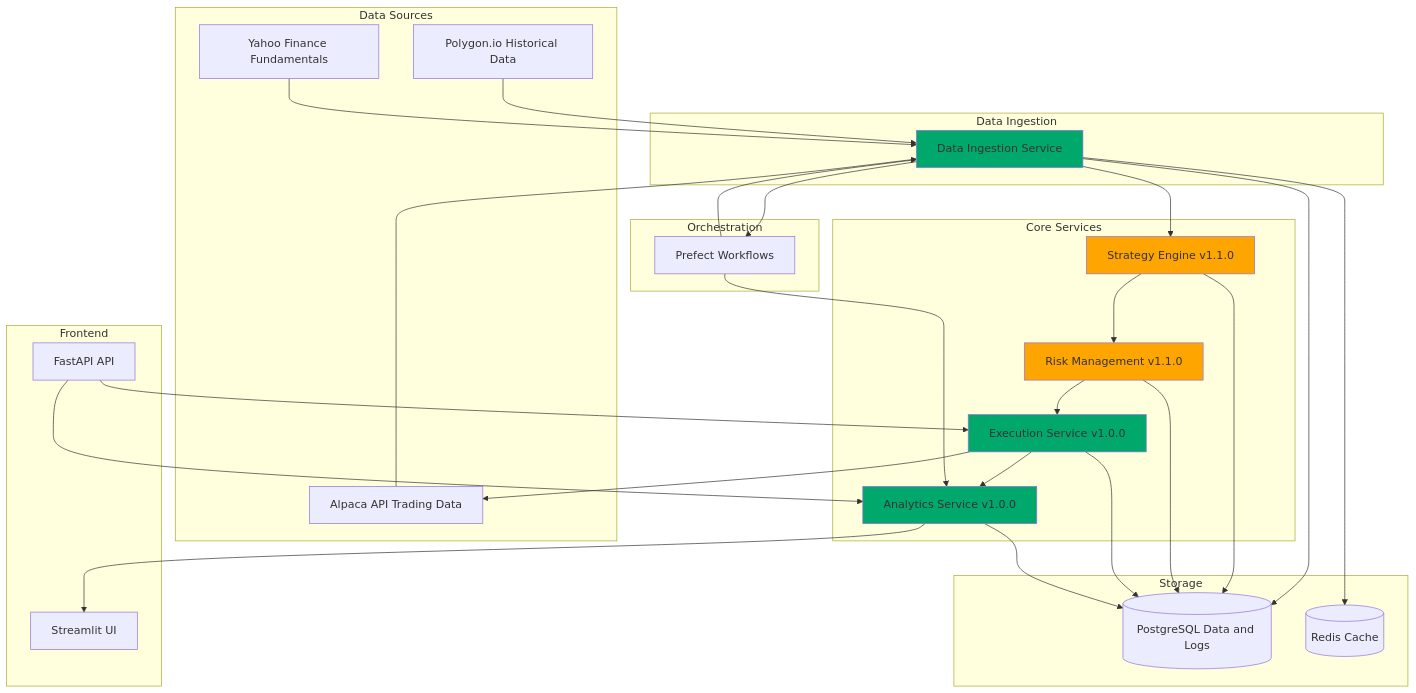
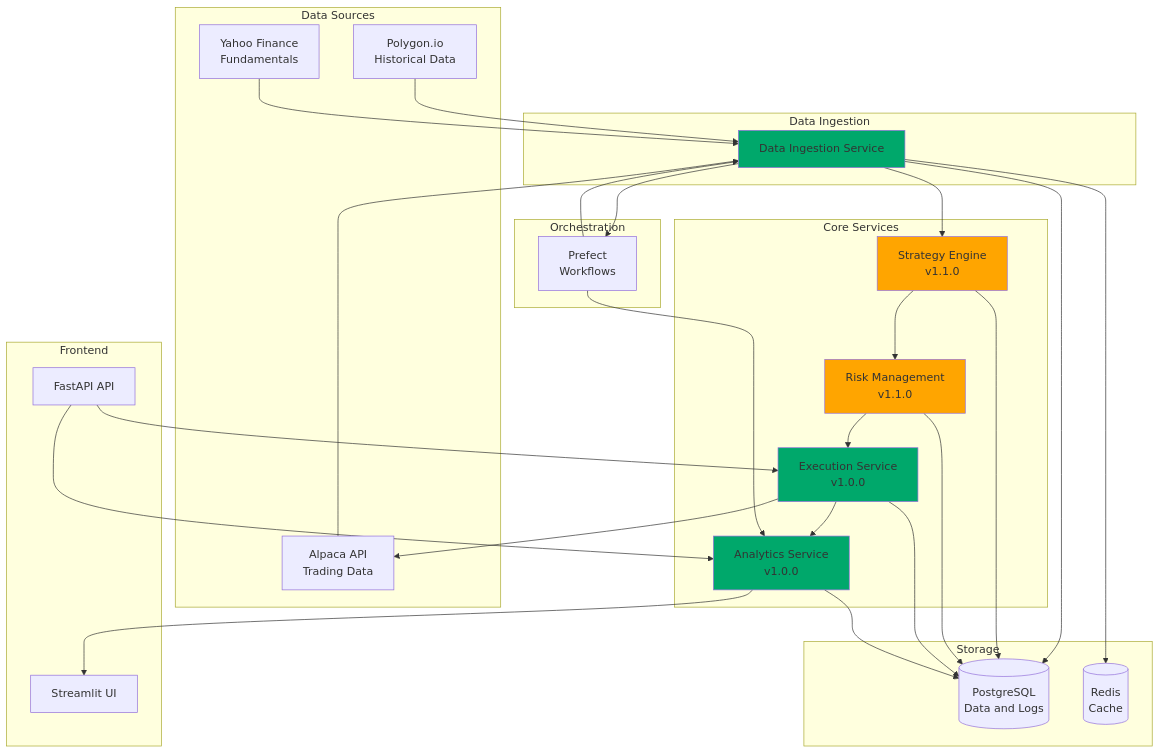
Before and after one commit to nishantnayar/Trading-System: the diagram in docs/index.md, drawn with Mermaid.

````diff
--- a/docs/index.md
+++ b/docs/index.md
@@ -81,65 +81,65 @@
 ```mermaid
 graph TB
-    subgraph DataSources["Data Sources"]
-        Polygon[Polygon.io Historical Data]
-        Yahoo[Yahoo Finance Fundamentals]
-        AlpacaExt[Alpaca API Trading Data]
+    subgraph "Data Sources"
+        Polygon[Polygon.io<br/>Historical Data]
+        Yahoo[Yahoo Finance<br/>Fundamentals]
+        AlpacaExt[Alpaca API<br/>Trading Data]
     end
     
-    subgraph DataIngestionGroup["Data Ingestion"]
+    subgraph "Data Ingestion"
         DataIngestion[Data Ingestion Service]
     end
     
-    subgraph CoreServices["Core Services"]
-        Strategy[Strategy Engine v1.1.0]
-        Risk[Risk Management v1.1.0]
-        Execution[Execution Service v1.0.0]
-        Analytics[Analytics Service v1.0.0]
+    subgraph "Core Services"
+        Strategy[Strategy Engine<br/>v1.1.0]
+        Risk[Risk Management<br/>v1.1.0]
+        Execution[Execution Service<br/>v1.0.0]
+        Analytics[Analytics Service<br/>v1.0.0]
     end
     
-    subgraph Storage["Storage"]
-        PostgreSQL[(PostgreSQL Data and Logs)]
-        Redis[(Redis Cache)]
+    subgraph "Storage"
+        PostgreSQL[(PostgreSQL<br/>Data and Logs)]
+        Redis[(Redis<br/>Cache)]
     end
     
-    subgraph Orchestration["Orchestration"]
-        Prefect[Prefect Workflows]
+    subgraph "Orchestration"
+        Prefect[Prefect<br/>Workflows]
     end
     
-    subgraph Frontend["Frontend"]
+    subgraph "Frontend"
         Streamlit[Streamlit UI]
         FastAPI[FastAPI API]
     end
     
     Polygon --> DataIngestion
     Yahoo --> DataIngestion
     AlpacaExt --> DataIngestion
     
     DataIngestion --> PostgreSQL
     DataIngestion --> Redis
     DataIngestion --> Prefect
     
     DataIngestion --> Strategy
     Strategy --> Risk
     Risk --> Execution
     Execution --> Analytics
     
     Strategy --> PostgreSQL
     Risk --> PostgreSQL
     Execution --> PostgreSQL
     Analytics --> PostgreSQL
     
     Execution --> AlpacaExt
     Analytics --> Streamlit
     FastAPI --> Execution
     FastAPI --> Analytics
     
     Prefect --> DataIngestion
     Prefect --> Analytics
     
     style DataIngestion fill:#00A86B
     style Execution fill:#00A86B
     style Analytics fill:#00A86B
     style Strategy fill:#FFA500
     style Risk fill:#FFA500
 ```
````
